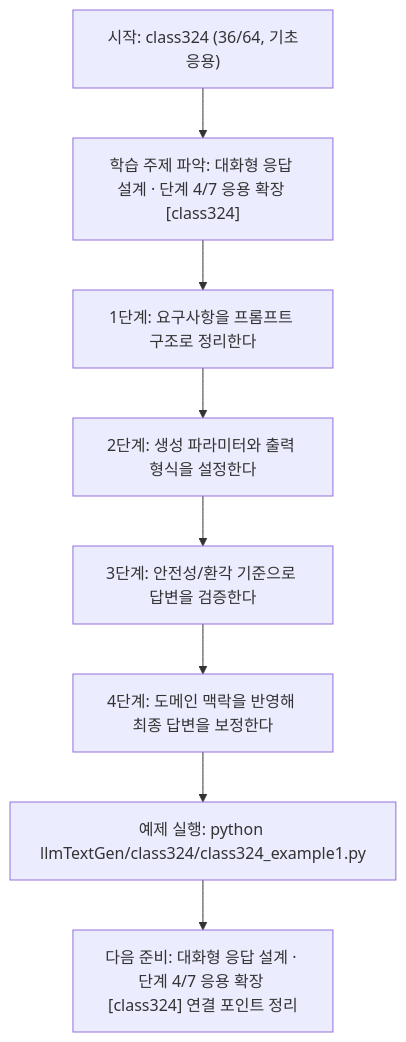
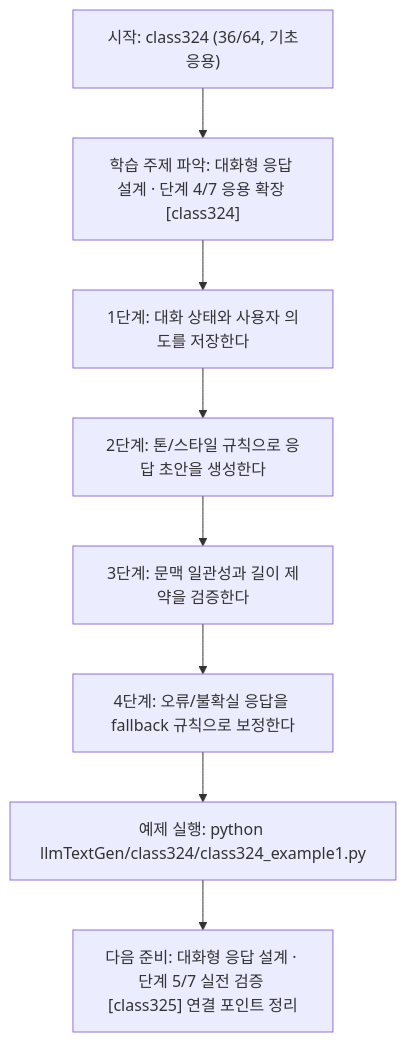
One commit to edumgt/Python-AI_Agent-Class changed the diagram in llmTextGen/class324/class324.md. Above: the diagram before and after it, drawn with Mermaid. The commit also changed other lines of this file and 451 other files, not shown here.

````diff
--- a/llmTextGen/class324/class324.md
+++ b/llmTextGen/class324/class324.md
@@ -114,18 +95,18 @@
 ```mermaid
 flowchart TD
 N1["시작: class324 (36/64, 기초응용)"]
 N2["학습 주제 파악: 대화형 응답 설계 · 단계 4/7 응용 확장 [class324]"]
-N3["1단계: 요구사항을 프롬프트 구조로 정리한다"]
-N4["2단계: 생성 파라미터와 출력 형식을 설정한다"]
-N5["3단계: 안전성/환각 기준으로 답변을 검증한다"]
-N6["4단계: 도메인 맥락을 반영해 최종 답변을 보정한다"]
+N3["1단계: 대화 상태와 사용자 의도를 저장한다"]
+N4["2단계: 톤/스타일 규칙으로 응답 초안을 생성한다"]
+N5["3단계: 문맥 일관성과 길이 제약을 검증한다"]
+N6["4단계: 오류/불확실 응답을 fallback 규칙으로 보정한다"]
 N7["예제 실행: python llmTextGen/class324/class324_example1.py"]
-N8["다음 준비: 대화형 응답 설계 · 단계 4/7 응용 확장 [class324] 연결 포인트 정리"]
+N8["다음 준비: 대화형 응답 설계 · 단계 5/7 실전 검증 [class325] 연결 포인트 정리"]
 N1 --> N2
 N2 --> N3
 N3 --> N4
 N4 --> N5
 N5 --> N6
 N6 --> N7
 N7 --> N8
 ```
````
